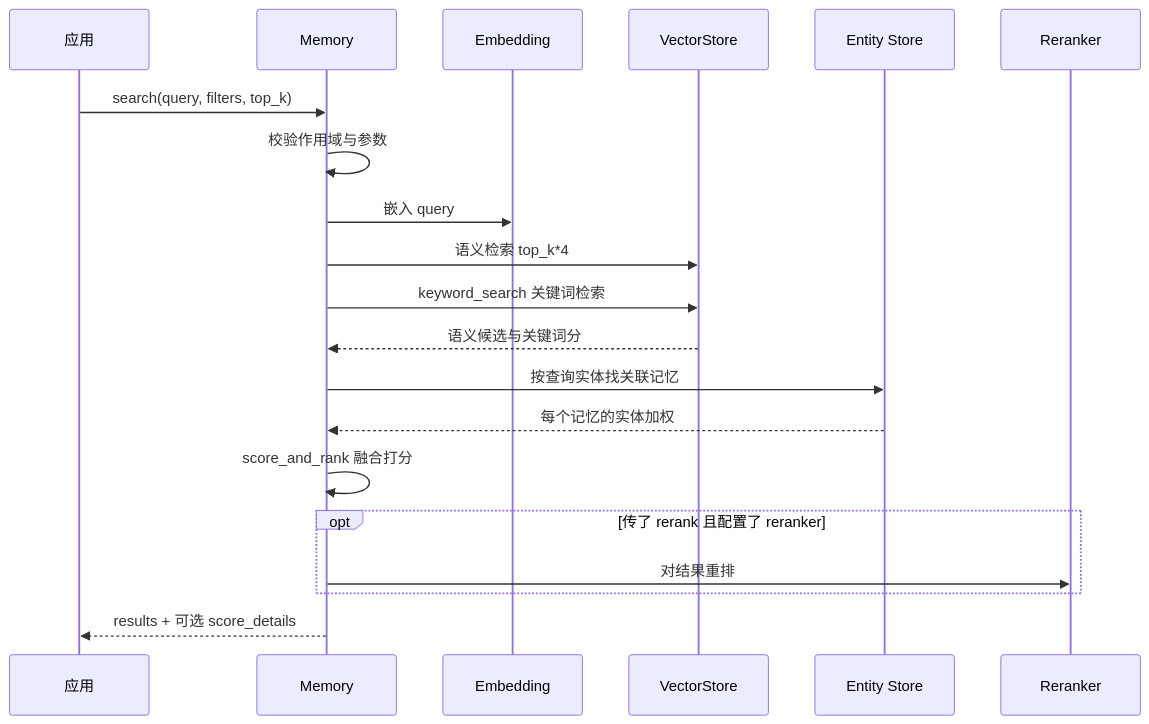
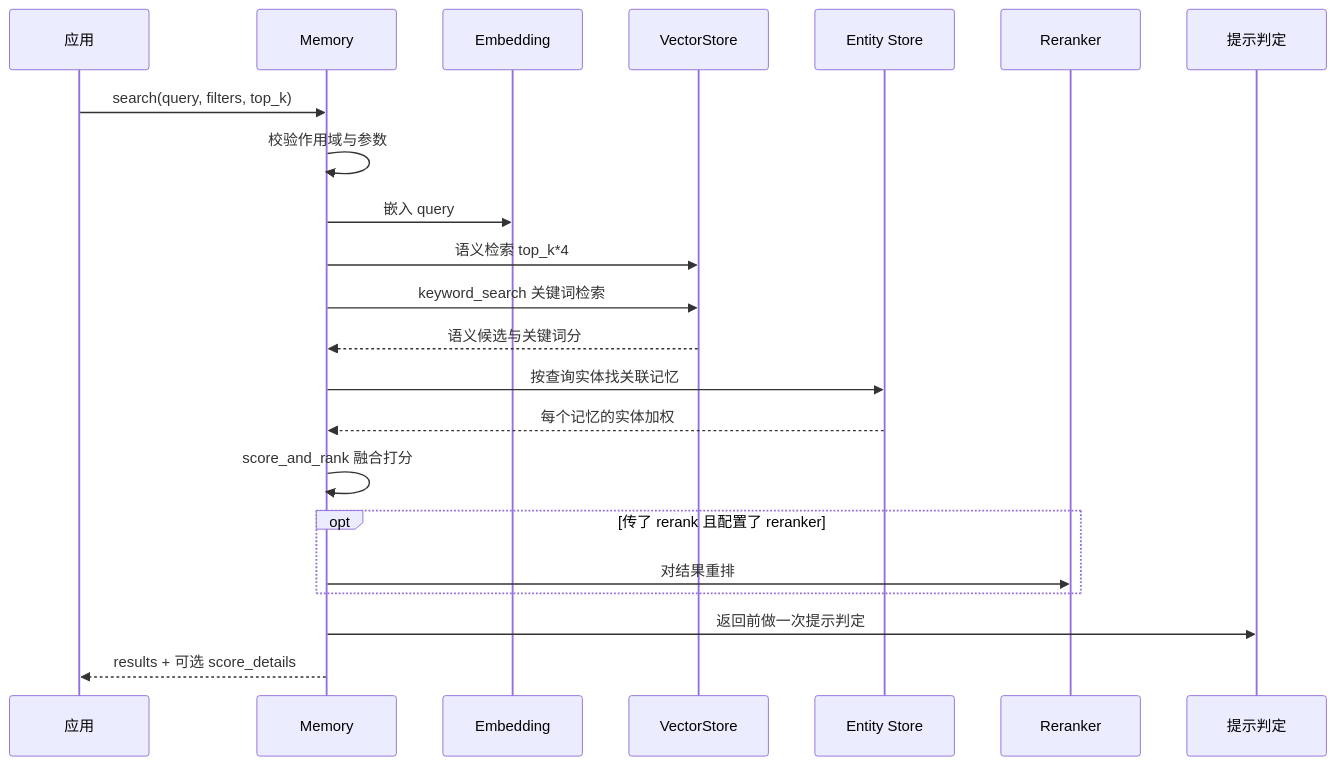
One commit to morehao/oss-insights changed the second of 3 diagrams in ai-infra/mem0-wiki/architecture.md. Above: the diagram before and after it, drawn with Mermaid. The commit also changed other lines of this file and 8 other files, not shown here.

````diff
--- a/ai-infra/mem0-wiki/architecture.md
+++ b/ai-infra/mem0-wiki/architecture.md
@@ -66,22 +68,24 @@
 ```mermaid
 sequenceDiagram
   participant App as 应用
   participant Mem as Memory
   participant Emb as Embedding
   participant Vec as VectorStore
   participant Ent as Entity Store
   participant RR as Reranker
+  participant Nt as 提示判定
   App->>Mem: search(query, filters, top_k)
   Mem->>Mem: 校验作用域与参数
   Mem->>Emb: 嵌入 query
   Mem->>Vec: 语义检索 top_k*4
   Mem->>Vec: keyword_search 关键词检索
   Vec-->>Mem: 语义候选与关键词分
   Mem->>Ent: 按查询实体找关联记忆
   Ent-->>Mem: 每个记忆的实体加权
   Mem->>Mem: score_and_rank 融合打分
   opt 传了 rerank 且配置了 reranker
     Mem->>RR: 对结果重排
   end
+  Mem->>Nt: 返回前做一次提示判定
   Mem-->>App: results + 可选 score_details
 ```
````
